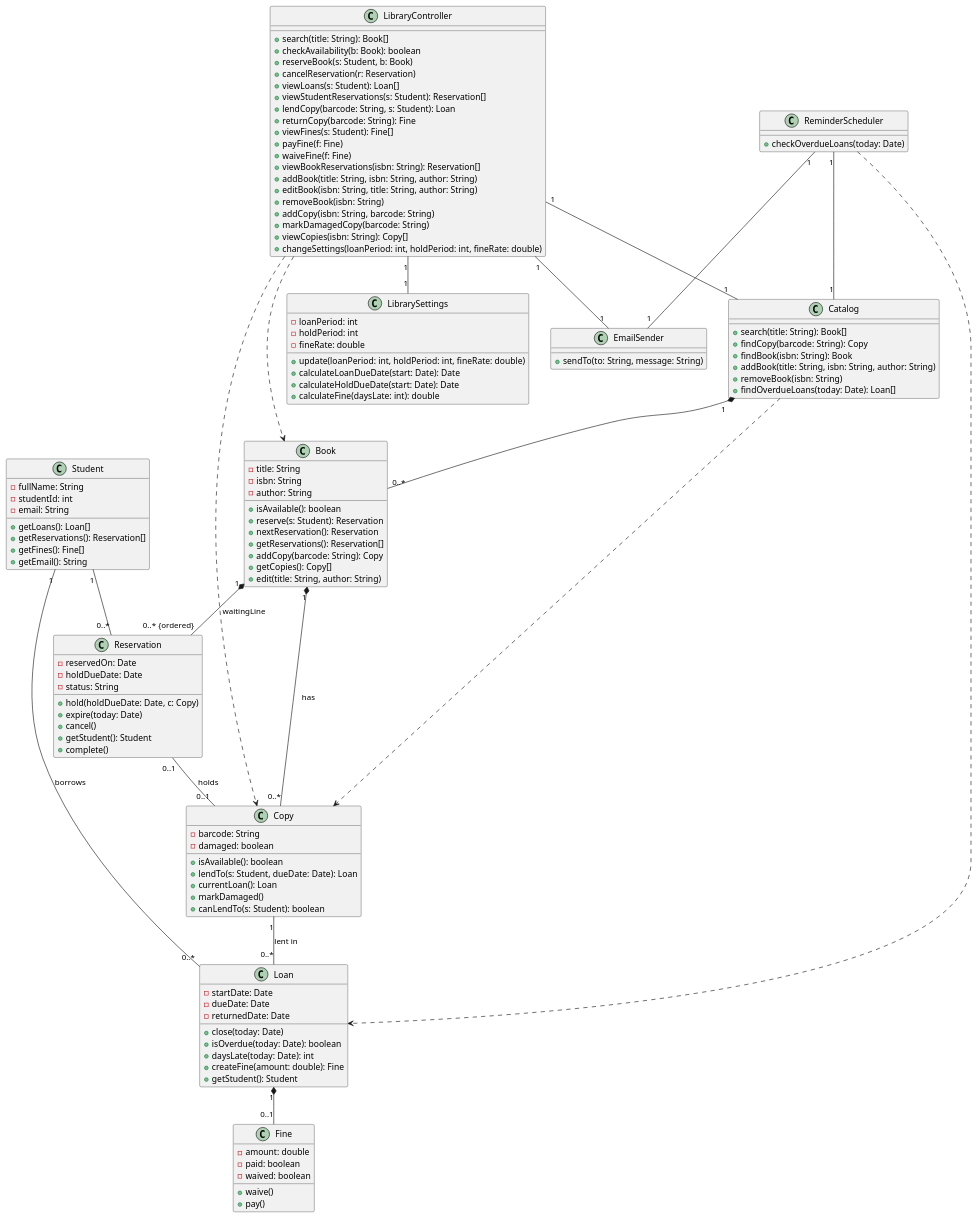
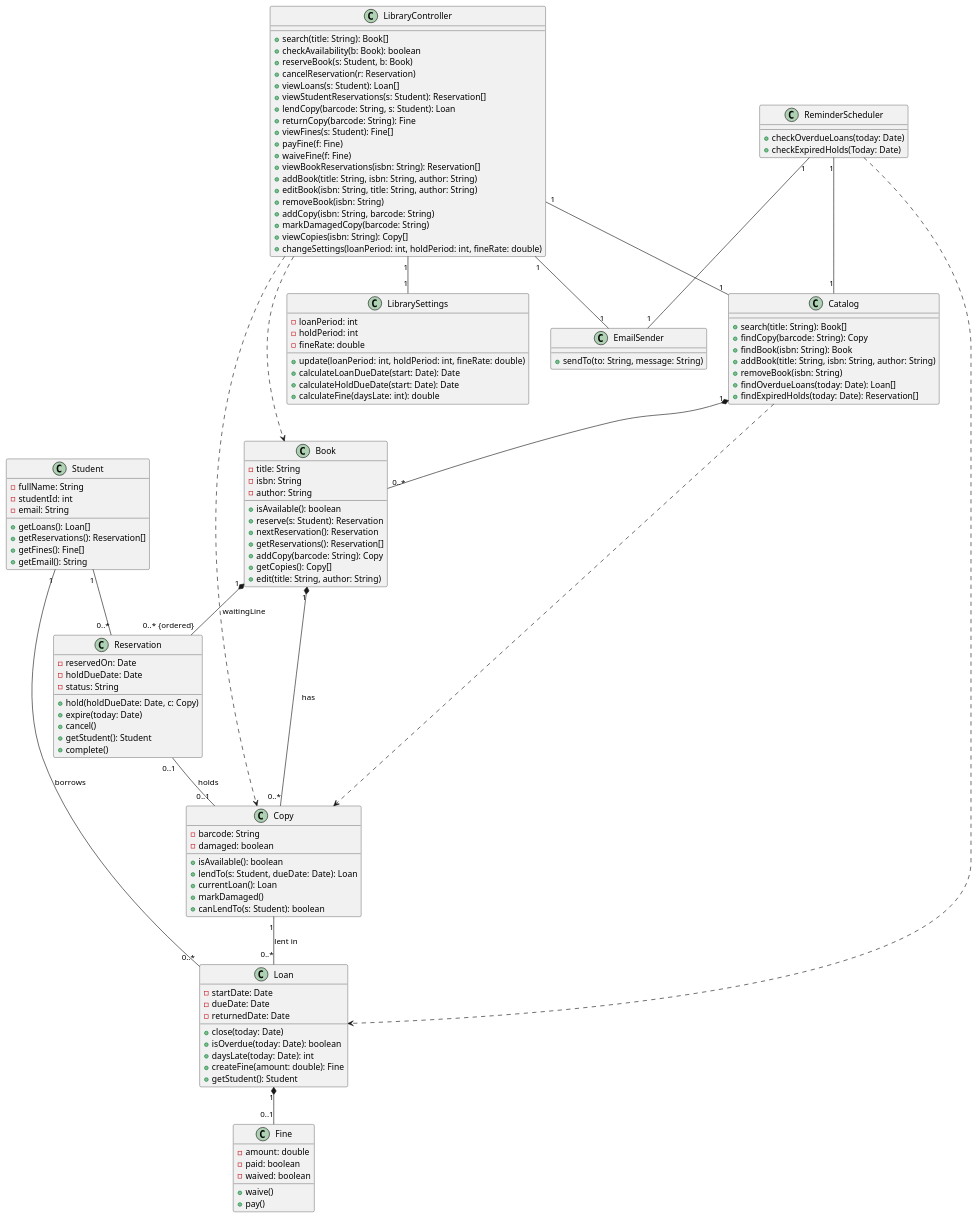
Before and after one commit to erionelezaj/LibrarySystem-SW-Design-Principles: the diagram in docs/uml/class-diagram.puml, drawn with PlantUML. The commit also changed 1 other file, not shown here.

Commit message:
Added the sequence diagram for the process of lending out the copy to a student; Added some operations at Reminder Scheduler that checks about expired holds and an opertaion for Catalog to find expired holds

```diff
--- a/docs/uml/class-diagram.puml
+++ b/docs/uml/class-diagram.puml
@@ -1,139 +1,141 @@
 @startuml LibrarySystem
 
 class LibraryController {
     + search(title: String): Book[]
     + checkAvailability(b: Book): boolean
     + reserveBook(s: Student, b: Book)
     + cancelReservation(r: Reservation)
     + viewLoans(s: Student): Loan[]
     + viewStudentReservations(s: Student): Reservation[]
     + lendCopy(barcode: String, s: Student): Loan
     + returnCopy(barcode: String): Fine
     + viewFines(s: Student): Fine[]
     + payFine(f: Fine)
     + waiveFine(f: Fine)
     + viewBookReservations(isbn: String): Reservation[]
     + addBook(title: String, isbn: String, author: String)
     + editBook(isbn: String, title: String, author: String)
     + removeBook(isbn: String)
     + addCopy(isbn: String, barcode: String)
     + markDamagedCopy(barcode: String)
     + viewCopies(isbn: String): Copy[]
     + changeSettings(loanPeriod: int, holdPeriod: int, fineRate: double)
 }
 
 class ReminderScheduler {
     + checkOverdueLoans(today: Date)
+    + checkExpiredHolds(Today: Date)
 }
 
 class EmailSender {
     + sendTo(to: String, message: String)
 }
 
 class Catalog {
     + search(title: String): Book[]
     + findCopy(barcode: String): Copy
     + findBook(isbn: String): Book
     + addBook(title: String, isbn: String, author: String)
     + removeBook(isbn: String)
     + findOverdueLoans(today: Date): Loan[]
+    + findExpiredHolds(today: Date): Reservation[]
 }
 
 class LibrarySettings {
     - loanPeriod: int
     - holdPeriod: int
     - fineRate: double
     + update(loanPeriod: int, holdPeriod: int, fineRate: double)
     + calculateLoanDueDate(start: Date): Date
     + calculateHoldDueDate(start: Date): Date
     + calculateFine(daysLate: int): double
 }
 
 class Book {
     - title: String
     - isbn: String
     - author: String
     + isAvailable(): boolean
     + reserve(s: Student): Reservation
     + nextReservation(): Reservation
     + getReservations(): Reservation[]
     + addCopy(barcode: String): Copy
     + getCopies(): Copy[]
     + edit(title: String, author: String)
 }
 
 class Student {
     - fullName: String
     - studentId: int
     - email: String
     + getLoans(): Loan[]
     + getReservations(): Reservation[]
     + getFines(): Fine[]
     + getEmail(): String
 }
 
 class Reservation {
     - reservedOn: Date
     - holdDueDate: Date
     - status: String
     + hold(holdDueDate: Date, c: Copy)
     + expire(today: Date)
     + cancel()
     + getStudent(): Student
     + complete()    
 }
 
 class Copy {
     - barcode: String
     - damaged: boolean
     + isAvailable(): boolean
     + lendTo(s: Student, dueDate: Date): Loan
     + currentLoan(): Loan
     + markDamaged()
     + canLendTo(s: Student): boolean
 }
 
 class Loan {
     - startDate: Date
     - dueDate: Date
     - returnedDate: Date
     + close(today: Date)
     + isOverdue(today: Date): boolean
     + daysLate(today: Date): int
     + createFine(amount: double): Fine
     + getStudent(): Student
 }
 
 class Fine {
     - amount: double
     - paid: boolean
     - waived: boolean
     + waive()
     + pay()
 }
 
 
 LibraryController "1" -- "1" EmailSender
 LibraryController "1" -- "1" Catalog
 LibraryController "1" -- "1" LibrarySettings
 LibraryController ..> Book
 LibraryController ..> Copy
 
 ReminderScheduler "1" -- "1" EmailSender
 ReminderScheduler "1" -- "1" Catalog
 ReminderScheduler ..> Loan
 
 Catalog "1" *-- "0..*" Book
 Catalog ..> Copy
 
 Book "1" *-- "0..* {ordered}" Reservation : waitingLine
 Book "1" *-- "0..*" Copy : has
 Reservation "0..1" -- "0..1" Copy : holds
 
 Student "1" -- "0..*" Reservation
 Student "1" -- "0..*" Loan : borrows
 
 Copy "1" -- "0..*" Loan : lent in
 Loan "1" *-- "0..1" Fine
 
 @enduml
```
